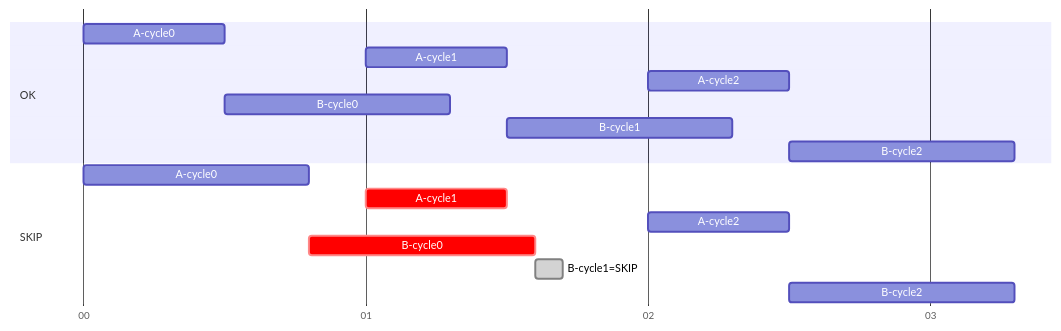
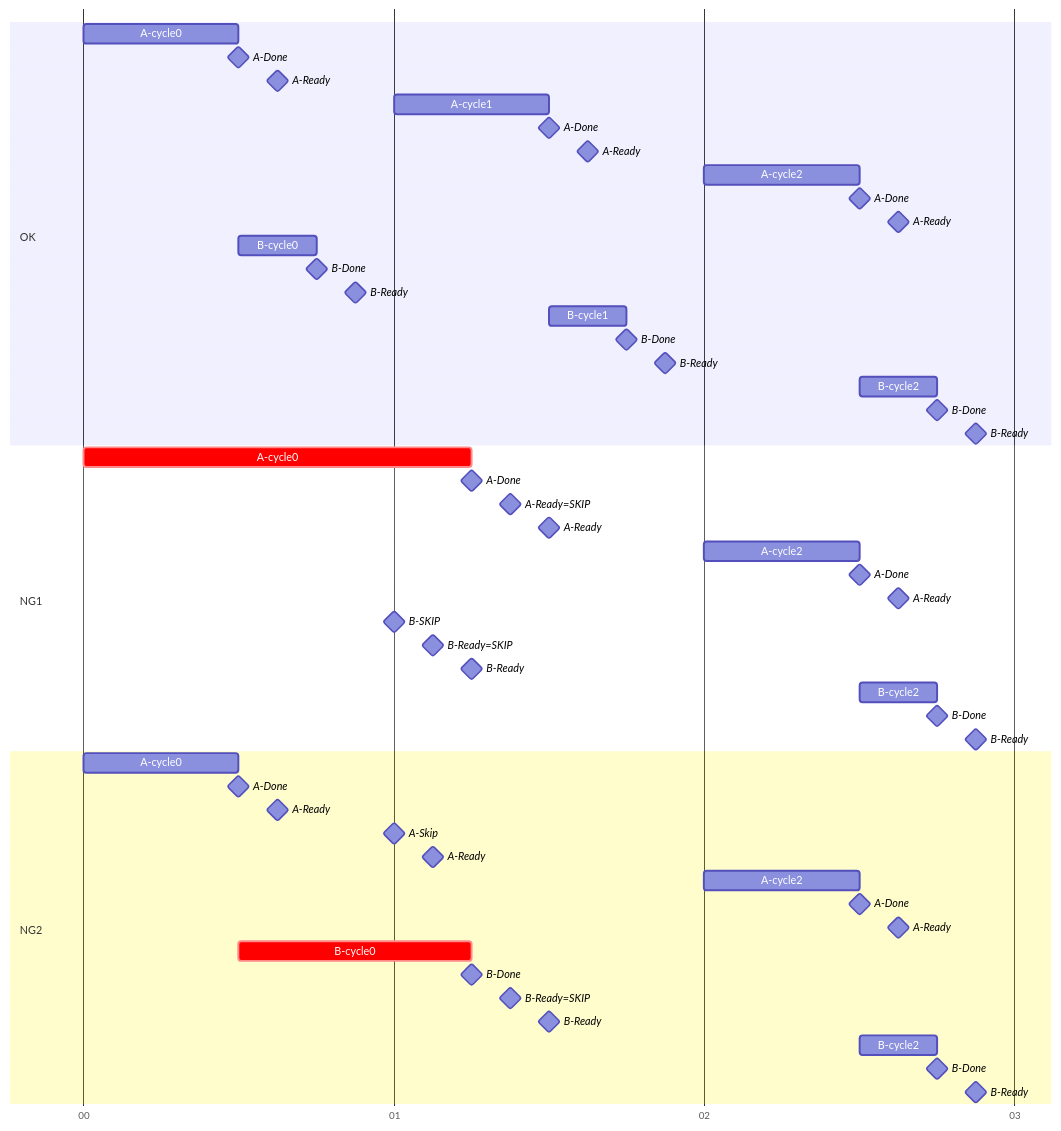
Before and after one commit to nao-kawano/ritsu-scheduler: the third of 3 diagrams in docs/message-sequence-skip.md, drawn with Mermaid. The commit also changed other lines of this file and 16 other files, not shown here.

````diff
--- a/docs/message-sequence-skip.md
+++ b/docs/message-sequence-skip.md
@@ -64,23 +80,62 @@
 ```mermaid
+gantt
+  todayMarker off
+  dateFormat m
+  axisFormat %M
+  tickInterval 1minute
 
-gantt
-    dateFormat H-m
-    axisFormat %H
-    tickInterval 1hour
+  section OK
+    A-cycle0: a0, 0, 0.5m
+    A-Done: milestone, a0d, after a0,
+    A-Ready: milestone, a1r, after a0, 0.25m
+    A-cycle1: a1, 1, 0.5m
+    A-Done: milestone, a1d, after a1,
+    A-Ready: milestone, a2r, after a1, 0.25m
+    A-cycle2: a2, 2, 0.5m
+    A-Done: milestone, a2d, after a2,
+    A-Ready: milestone, a3r, after a2, 0.25m
 
-    section OK
-    A-cycle0: a0, 0-0, 0.5h
-    A-cycle1: a1, 1-0, 0.5h
-    A-cycle2: a2, 2-0, 0.5h
-    B-cycle0: b0, after a0, 0.8h
-    B-cycle1: b1, after a1, 0.8h
-    B-cycle2: b2, after a2, 0.8h
+    B-cycle0: b0, after a0, 0.25m
+    B-Done: milestone, b0d, after b0,
+    B-Ready: milestone, b1r, after b0, 0.25m
+    B-cycle1: b1, after a1, 0.25m
+    B-Done: milestone, b1d, after b1,
+    B-Ready: milestone, b2r, after b1, 0.25m
+    B-cycle2: b2, after a2, 0.25m
+    B-Done: milestone, b2d, after b2,
+    B-Ready: milestone, b3r, after b2, 0.25m
 
-    section SKIP
-    A-cycle0: aa0, 0-0, 0.8h
-    A-cycle1: crit, aa1, 1-0, 0.5h
-    A-cycle2: aa2, 2-0, 0.5h
-    B-cycle0: crit, bb0, after aa0, 0.8h
-    B-cycle1=SKIP: done, bb1, after bb0, 0.1h
-    B-cycle2: bb2, after aa2, 0.8h
+  section NG1
+    A-cycle0: crit, aa0, 0, 1.25m
+    A-Done: milestone, aa0d, after aa0,
+    A-Ready=SKIP: milestone, aa1r, after aa0, 0.25m
+    A-Ready: milestone, aa2r, after aa1r,
+    A-cycle2: aa2, 2, 0.5m
+    A-Done: milestone, aa2d, after a2,
+    A-Ready: milestone, aa3r, after a2, 0.25m
+
+    B-SKIP: milestone, bb0r, 1,
+    B-Ready=SKIP: milestone, bb1r, after bb0r, 0.25m
+    B-Ready: milestone, bb2r, after bb1r,
+    B-cycle2: bb2, after aa2, 0.25m
+    B-Done: milestone, bb2d, after bb2,
+    B-Ready: milestone, bb3r, after bb2, 0.25m
+
+  section NG2
+    A-cycle0: aaa0, 0, 0.5m
+    A-Done: milestone, aaa0d, after aaa0,
+    A-Ready: milestone, aaa1r, after aaa0, 0.25m
+    A-Skip: milestone, aaa1s, 1,
+    A-Ready: milestone, aaa2r, after aaa1s, 0.25m
+    A-cycle2: aaa2, 2, 0.5m
+    A-Done: milestone, aaa2d, after aaa2,
+    A-Ready: milestone, aaa3r, after aaa2, 0.25m
+
+    B-cycle0: crit, bbb0, after aaa0, 0.75m
+    B-Done: milestone, bbb0d, after bbb0,
+    B-Ready=SKIP: milestone, bbb1r, after bbb0, 0.25m
+    B-Ready: milestone, bbb2r, after bbb1r,
+    B-cycle2: bbb2, after aaa2, 0.25m
+    B-Done: milestone, bbb2d, after bbb2,
+    B-Ready: milestone, bbb3r, after bbb2, 0.25m
 ```
````
